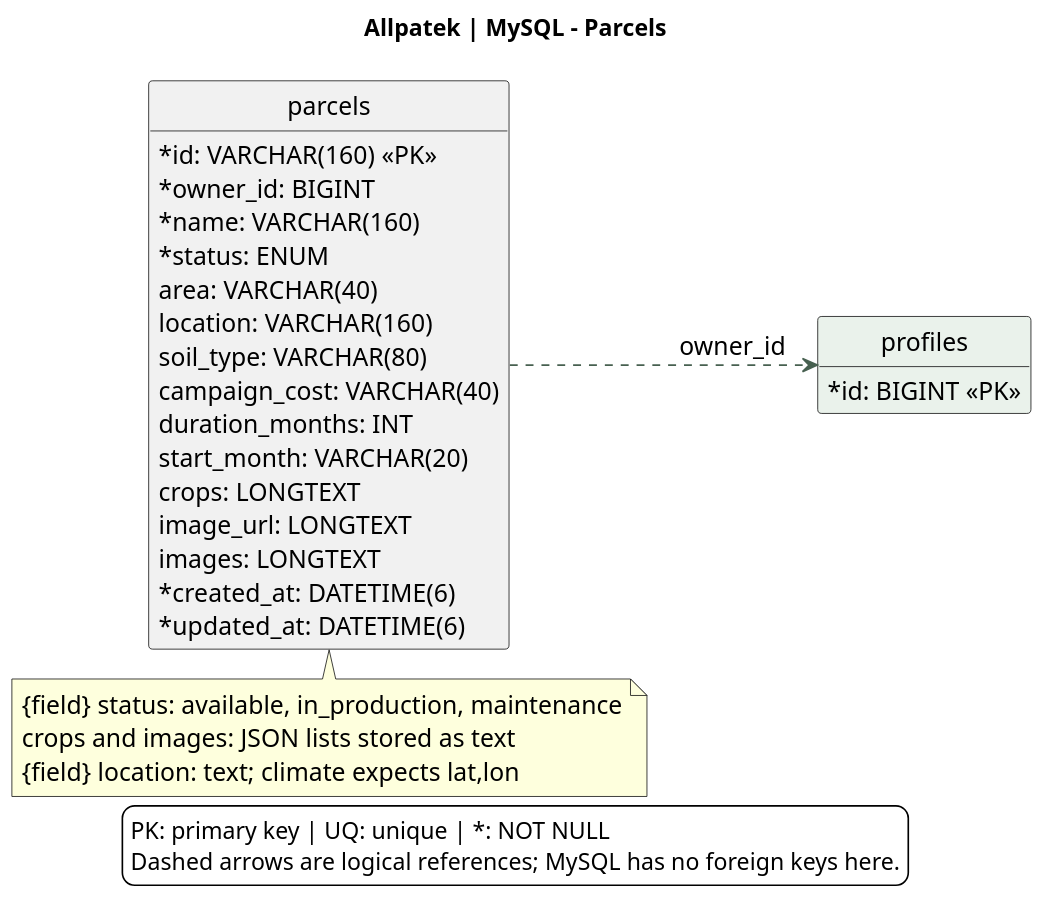
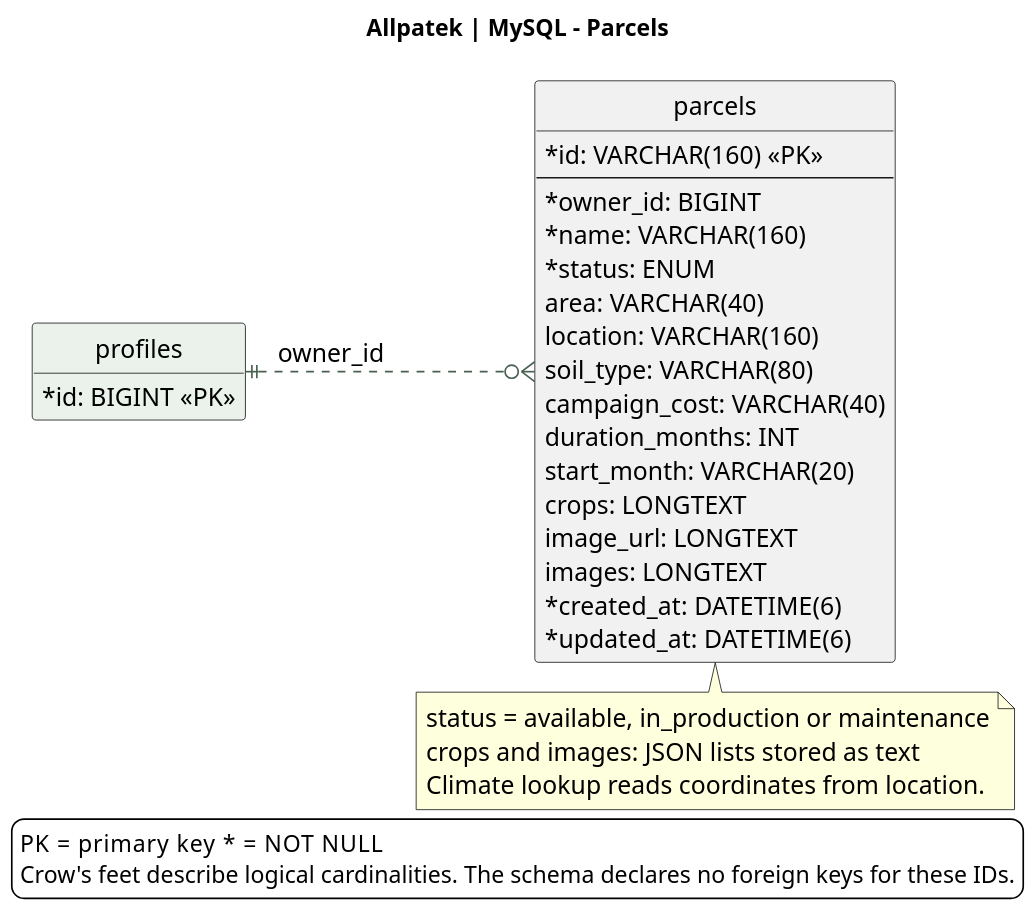
Before and after one commit to upc-pre-202620-1asi0729-7753-Terranova/allpatek-report: the diagram in assets/chapter-04/architecture/14-database-plots.puml, drawn with PlantUML. The commit also changed 3 other files, not shown here.

```diff
--- a/assets/chapter-04/architecture/14-database-plots.puml
+++ b/assets/chapter-04/architecture/14-database-plots.puml
@@ -1,44 +1,45 @@
 @startuml
 !pragma layout smetana
 skinparam backgroundColor white
 skinparam defaultFontName SansSerif
 skinparam defaultFontSize 15
 skinparam shadowing false
 skinparam classAttributeIconSize 0
 skinparam ArrowColor #476050
 skinparam dpi 140
 hide methods
 hide circle
 title Allpatek | MySQL - Parcels
 left to right direction
 entity "parcels" as parcel {
   {field} * id: VARCHAR(160) <<PK>>
+  --
   {field} * owner_id: BIGINT
   {field} * name: VARCHAR(160)
   {field} * status: ENUM
   {field} area: VARCHAR(40)
   {field} location: VARCHAR(160)
   {field} soil_type: VARCHAR(80)
   {field} campaign_cost: VARCHAR(40)
   {field} duration_months: INT
   {field} start_month: VARCHAR(20)
   {field} crops: LONGTEXT
   {field} image_url: LONGTEXT
   {field} images: LONGTEXT
   {field} * created_at: DATETIME(6)
   {field} * updated_at: DATETIME(6)
 }
 entity "profiles" as profile #EAF2EB {
   {field} * id: BIGINT <<PK>>
 }
-parcel ..> profile : owner_id
+profile ||..o{ parcel : owner_id
 note bottom of parcel
-  {field} status: available, in_production, maintenance
+  status = available, in_production or maintenance
   crops and images: JSON lists stored as text
-  {field} location: text; climate expects lat,lon
+  Climate lookup reads coordinates from location.
 end note
 legend bottom
-PK: primary key | UQ: unique | *: NOT NULL
-Dashed arrows are logical references; MySQL has no foreign keys here.
+PK = primary key     * = NOT NULL
+Crow's feet describe logical cardinalities. The schema declares no foreign keys for these IDs.
 endlegend
 @enduml
```
